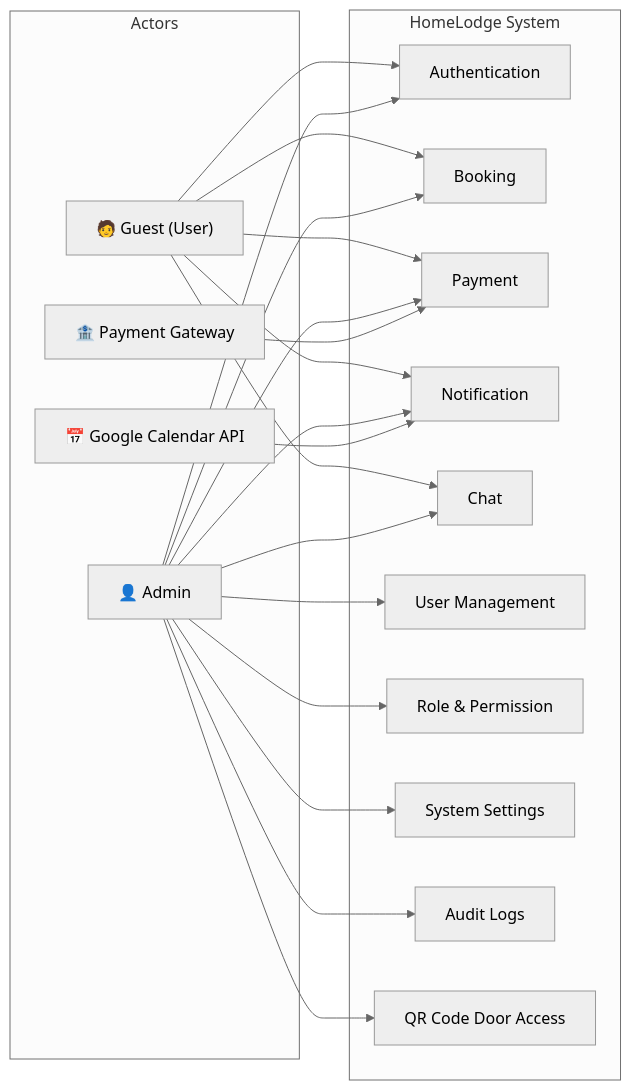
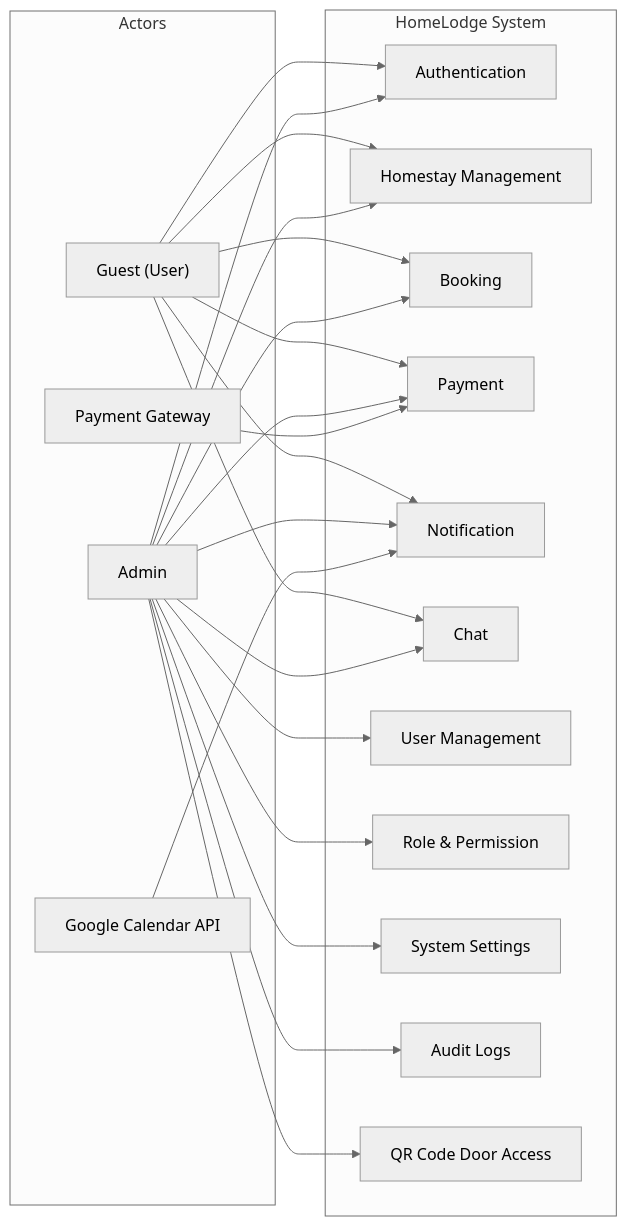
One commit to aisyahumairah/HomeLodge-Doc changed the first of 12 diagrams in docs/dev/USE_CASE_DIAGRAMS.md. Above: the diagram before and after it, drawn with Mermaid (neutral theme). The commit also changed other lines of this file and 3 other files, not shown here.

````diff
--- a/docs/dev/USE_CASE_DIAGRAMS.md
+++ b/docs/dev/USE_CASE_DIAGRAMS.md
@@ -33,42 +34,45 @@
 ```mermaid
 graph LR
     subgraph Actors
-        Guest["🧑 Guest (User)"]
-        Admin["👤 Admin"]
-        PG["🏦 Payment Gateway"]
-        GCal["📅 Google Calendar API"]
+        Guest["Guest (User)"]
+        Admin["Admin"]
+        PG["Payment Gateway"]
+        GCal["Google Calendar API"]
     end
 
     subgraph HomeLodge System
         AUTH["Authentication"]
+        HS["Homestay Management"]
         BK["Booking"]
         PAY["Payment"]
         NOTIF["Notification"]
         CHAT["Chat"]
         USR["User Management"]
         ROLE["Role & Permission"]
         SET["System Settings"]
         AUDIT["Audit Logs"]
         QR["QR Code Door Access"]
     end
 
     Guest --> AUTH
+    Guest --> HS
     Guest --> BK
     Guest --> PAY
     Guest --> NOTIF
     Guest --> CHAT
 
     Admin --> AUTH
+    Admin --> HS
     Admin --> BK
     Admin --> PAY
     Admin --> NOTIF
     Admin --> CHAT
     Admin --> USR
     Admin --> ROLE
     Admin --> SET
     Admin --> AUDIT
     Admin --> QR
 
     PG --> PAY
     GCal --> NOTIF
 ```
````
